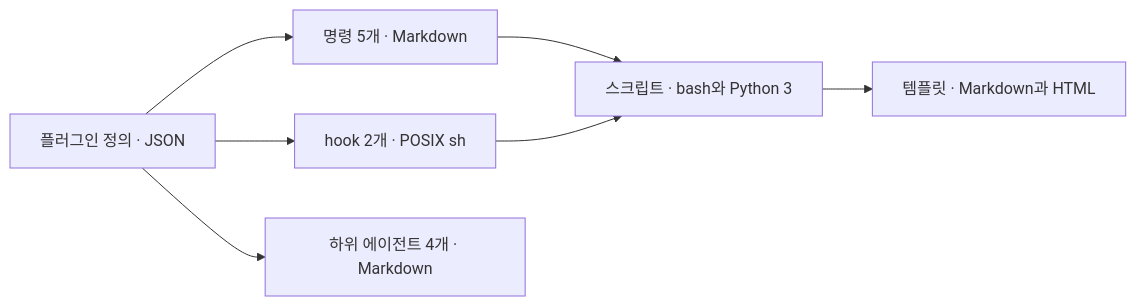
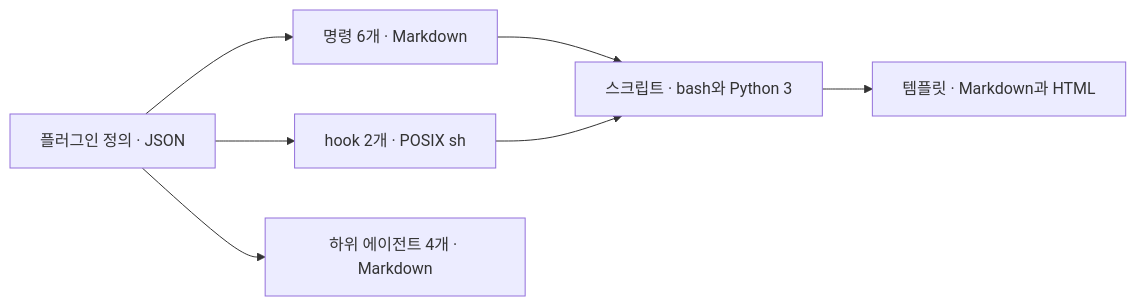
The first of 2 diagrams in docs/system/stack.md (dincal/agent_logbook), drawn with Mermaid before and after one commit. The commit also changed other lines of this file and 12 other files, not shown here.

````diff
--- a/docs/system/stack.md
+++ b/docs/system/stack.md
@@ -8,9 +8,9 @@
 ```mermaid
 flowchart LR
-  M["플러그인 정의 · JSON"] --> S["명령 5개 · Markdown"]
+  M["플러그인 정의 · JSON"] --> S["명령 6개 · Markdown"]
   M --> H["hook 2개 · POSIX sh"]
   M --> V["하위 에이전트 4개 · Markdown"]
   S --> P["스크립트 · bash와 Python 3"]
   H --> P
   P --> T["템플릿 · Markdown과 HTML"]
 ```
````
